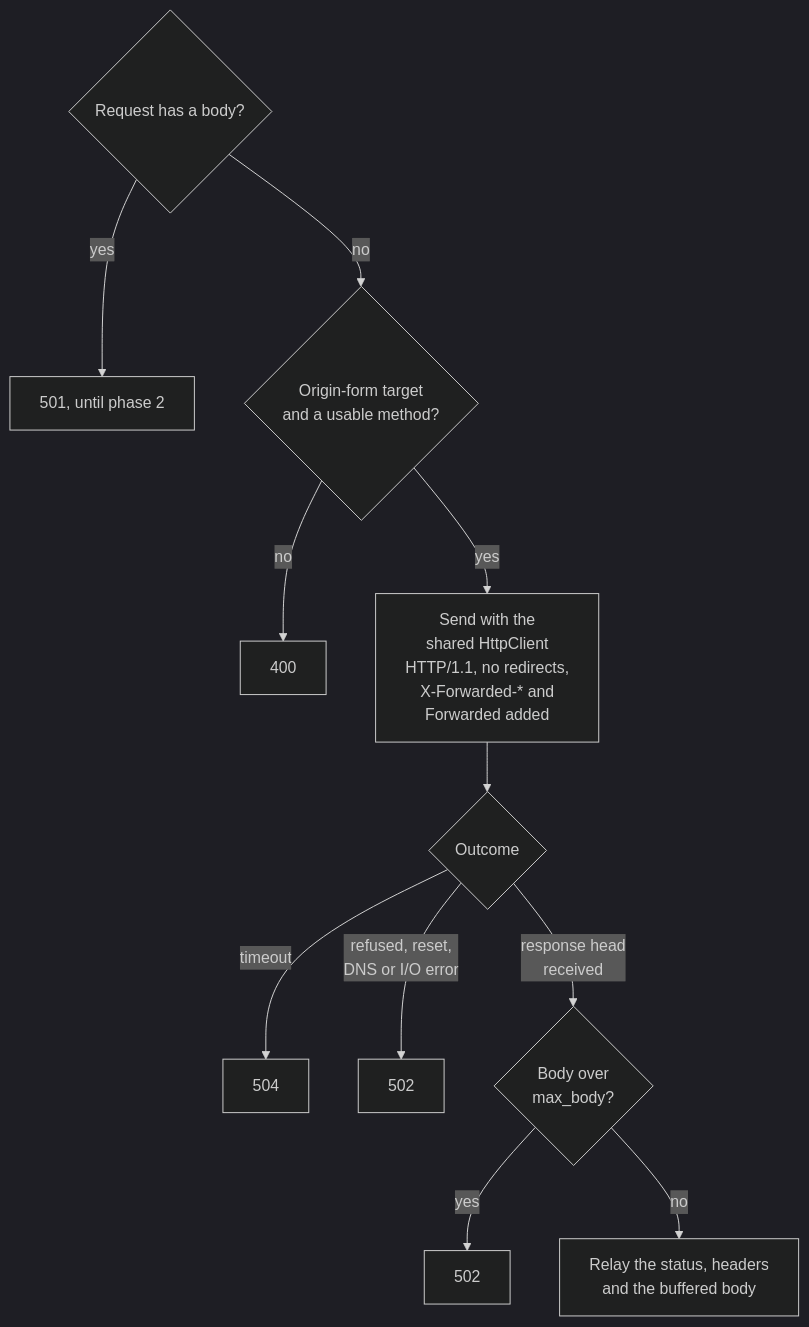
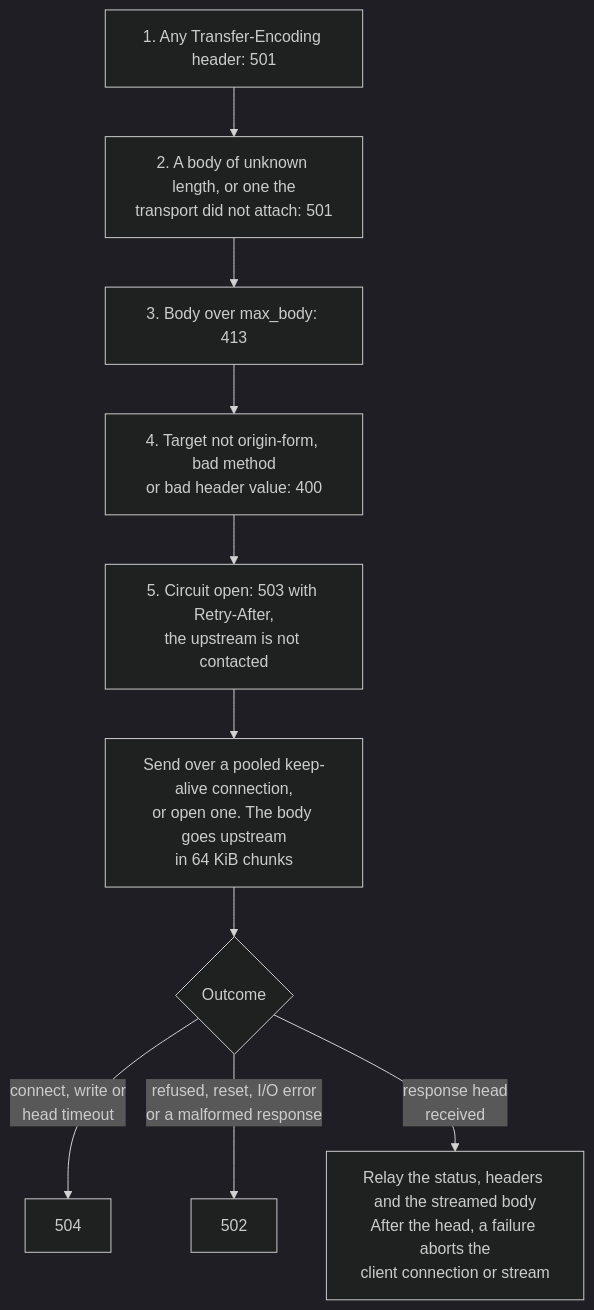
The fourth of 6 diagrams in docs/design/proxy-routing.md (BlivionIaG/sjws_nettask), drawn with Mermaid (dark theme) before and after one commit. The commit also changed other lines of this file and 14 other files, not shown here.

````diff
--- a/docs/design/proxy-routing.md
+++ b/docs/design/proxy-routing.md
@@ -134,13 +149,12 @@
 ```mermaid
 flowchart TD
-    b{"Request has a body?"} -->|yes| e501["501, until phase 2"]
-    b -->|no| c{"Origin-form target<br/>and a usable method?"}
-    c -->|no| e400["400"]
-    c -->|yes| s["Send with the<br/>shared HttpClient<br/>HTTP/1.1, no redirects,<br/>X-Forwarded-* and<br/>Forwarded added"]
-    s --> r{"Outcome"}
-    r -->|"timeout"| e504["504"]
-    r -->|"refused, reset,<br/>DNS or I/O error"| e502a["502"]
-    r -->|"response head<br/>received"| bd{"Body over<br/>max_body?"}
-    bd -->|yes| e502b["502"]
-    bd -->|no| ok["Relay the status, headers<br/>and the buffered body"]
+    c1["1. Any Transfer-Encoding header: 501"] --> c2["2. A body of unknown length, or one the<br/>transport did not attach: 501"]
+    c2 --> c3["3. Body over max_body: 413"]
+    c3 --> c4["4. Target not origin-form, bad method<br/>or bad header value: 400"]
+    c4 --> c5["5. Circuit open: 503 with Retry-After,<br/>the upstream is not contacted"]
+    c5 --> x["Send over a pooled keep-alive connection,<br/>or open one. The body goes upstream<br/>in 64 KiB chunks"]
+    x --> o{"Outcome"}
+    o -->|"connect, write or<br/>head timeout"| e504["504"]
+    o -->|"refused, reset, I/O error<br/>or a malformed response"| e502["502"]
+    o -->|"response head<br/>received"| ok["Relay the status, headers and the streamed body<br/>After the head, a failure aborts the<br/>client connection or stream"]
 ```
````
